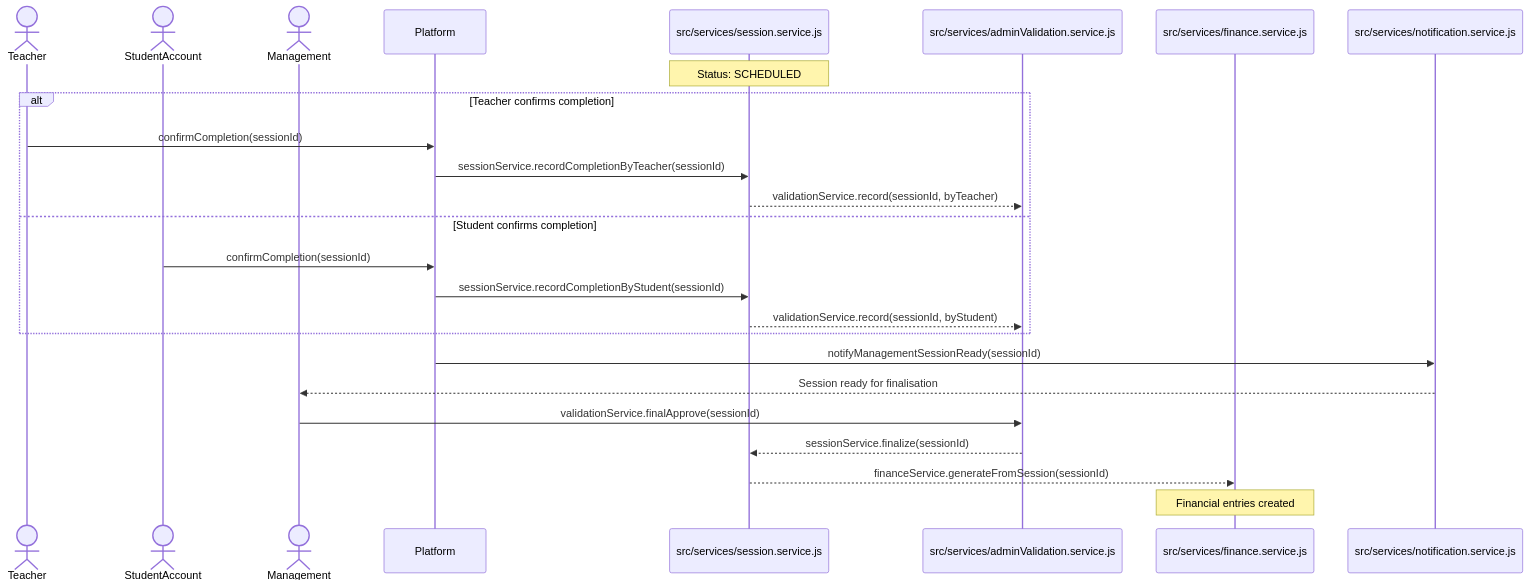
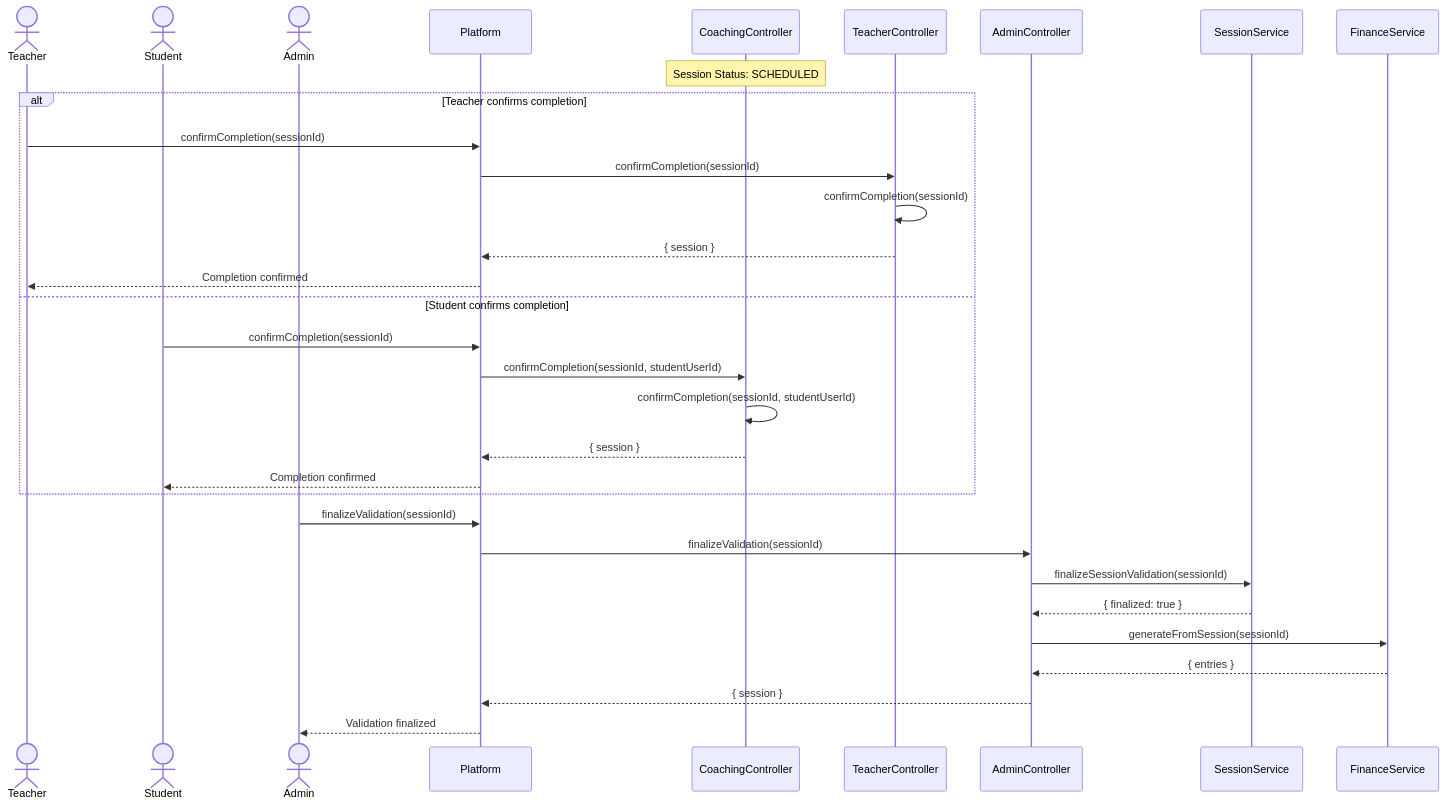
Before and after one commit to NovaLogic-Systems/gestArtes-docs: the third of 20 diagrams in diagrams/Sequence Diagram/sequencediagram.md, drawn with Mermaid. The commit also changed other lines of this file, not shown here.

Commit message:
Refactor sequence diagrams for user authentication, coaching session requests, and admin management

````diff
--- a/diagrams/Sequence Diagram/sequencediagram.md
+++ b/diagrams/Sequence Diagram/sequencediagram.md
@@ -68,28 +64,37 @@
 ```mermaid
 sequenceDiagram
     actor Teacher
-    actor Student as StudentAccount
-    actor Management
-    participant Frontend as Platform
-    participant SessionService as src/services/session.service.js
-    participant ValidationService as src/services/adminValidation.service.js
-    participant FinanceService as src/services/finance.service.js
-    participant NotificationService as src/services/notification.service.js
+    actor Student
+    actor Admin
+    participant Platform as Platform
+    participant CoachingController as CoachingController
+    participant TeacherController as TeacherController
+    participant AdminController as AdminController
+    participant SessionService as SessionService
+    participant FinanceService as FinanceService
 
-    Note over SessionService: Status: SCHEDULED
+    Note over CoachingController: Session Status: SCHEDULED
+
     alt Teacher confirms completion
-        Teacher->>Frontend: confirmCompletion(sessionId)
-        Frontend->>SessionService: sessionService.recordCompletionByTeacher(sessionId)
-        SessionService-->>ValidationService: validationService.record(sessionId, byTeacher)
+        Teacher->>Platform: confirmCompletion(sessionId)
+        Platform->>TeacherController: confirmCompletion(sessionId)
+        TeacherController->>TeacherController: confirmCompletion(sessionId)
+        TeacherController-->>Platform: { session }
+        Platform-->>Teacher: Completion confirmed
     else Student confirms completion
-        Student->>Frontend: confirmCompletion(sessionId)
-        Frontend->>SessionService: sessionService.recordCompletionByStudent(sessionId)
-        SessionService-->>ValidationService: validationService.record(sessionId, byStudent)
+        Student->>Platform: confirmCompletion(sessionId)
+        Platform->>CoachingController: confirmCompletion(sessionId, studentUserId)
+        CoachingController->>CoachingController: confirmCompletion(sessionId, studentUserId)
+        CoachingController-->>Platform: { session }
+        Platform-->>Student: Completion confirmed
     end
-    Frontend->>NotificationService: notifyManagementSessionReady(sessionId)
-    NotificationService-->>Management: Session ready for finalisation
-    Management->>ValidationService: validationService.finalApprove(sessionId)
-    ValidationService-->>SessionService: sessionService.finalize(sessionId)
-    SessionService-->>FinanceService: financeService.generateFromSession(sessionId)
-    Note over FinanceService: Financial entries created
+
+    Admin->>Platform: finalizeValidation(sessionId)
+    Platform->>AdminController: finalizeValidation(sessionId)
+    AdminController->>SessionService: finalizeSessionValidation(sessionId)
+    SessionService-->>AdminController: { finalized: true }
+    AdminController->>FinanceService: generateFromSession(sessionId)
+    FinanceService-->>AdminController: { entries }
+    AdminController-->>Platform: { session }
+    Platform-->>Admin: Validation finalized
 ```
````
